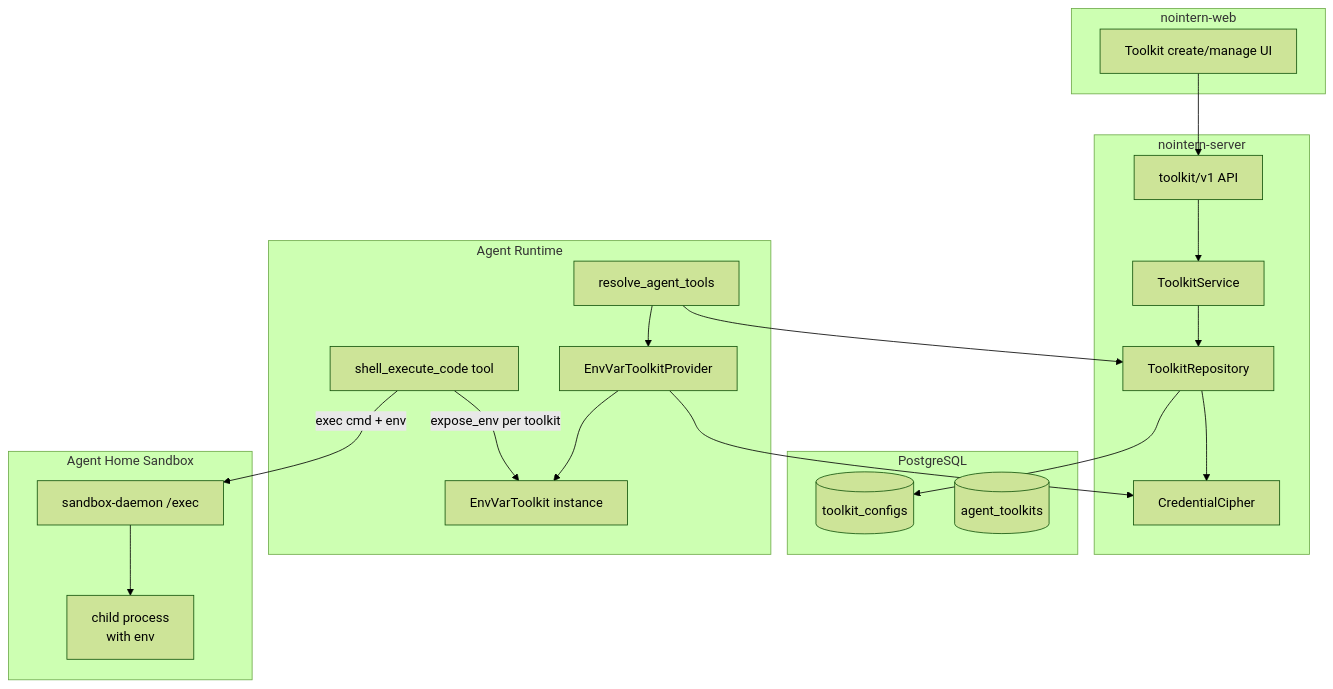
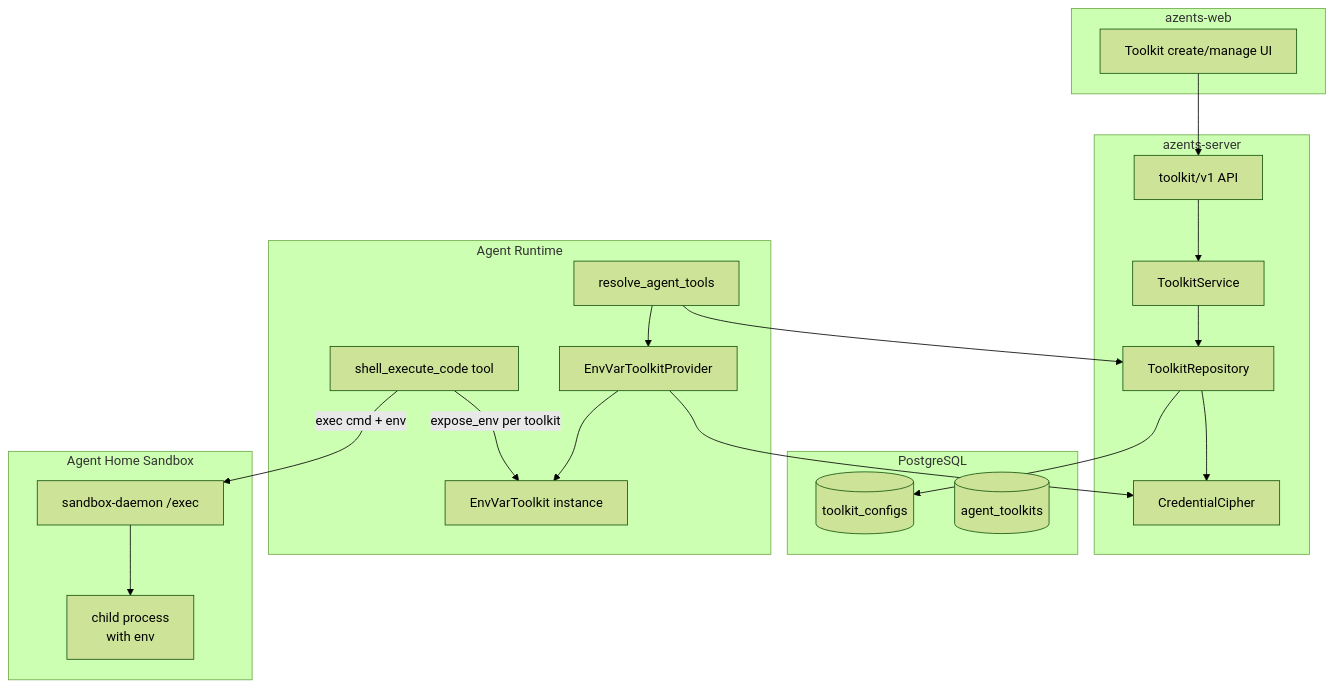
One commit to azents/azents changed the diagram in docs/azents/design/sandbox-260421-sandbox-credential-injection-2026.md. Above: the diagram before and after it, drawn with Mermaid (forest theme). The commit also changed other lines of this file and 245 other files, not shown here.

````diff
--- a/docs/azents/design/sandbox-260421-sandbox-credential-injection-2026.md
+++ b/docs/azents/design/sandbox-260421-sandbox-credential-injection-2026.md
@@ -86,43 +86,43 @@
 ```mermaid
 graph TB
-    subgraph Frontend[nointern-web]
+    subgraph Frontend[azents-web]
         UI[Toolkit create/manage UI]
     end
 
-    subgraph Backend[nointern-server]
+    subgraph Backend[azents-server]
         API[toolkit/v1 API]
         Service[ToolkitService]
         Repo[ToolkitRepository]
         Cipher[CredentialCipher]
     end
 
     subgraph DB[PostgreSQL]
         TKC[(toolkit_configs)]
         ATK[(agent_toolkits)]
     end
 
     subgraph Runtime[Agent Runtime]
         Resolve[resolve_agent_tools]
         Provider[EnvVarToolkitProvider]
         Toolkit[EnvVarToolkit instance]
         Shell[shell_execute_code tool]
     end
 
     subgraph Sandbox[Agent Home Sandbox]
         Daemon[sandbox-daemon /exec]
         Process[child process<br/>with env]
     end
 
     UI --> API
     API --> Service
     Service --> Repo
     Repo --> Cipher
     Repo --> TKC
     Resolve --> Repo
     Resolve --> Provider
     Provider --> Cipher
     Provider --> Toolkit
     Shell -->|expose_env per toolkit| Toolkit
     Shell -->|exec cmd + env| Daemon
     Daemon --> Process
 ```
````
